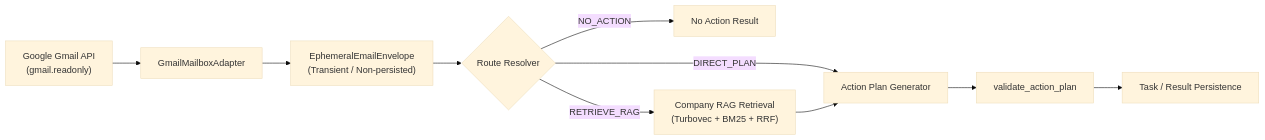
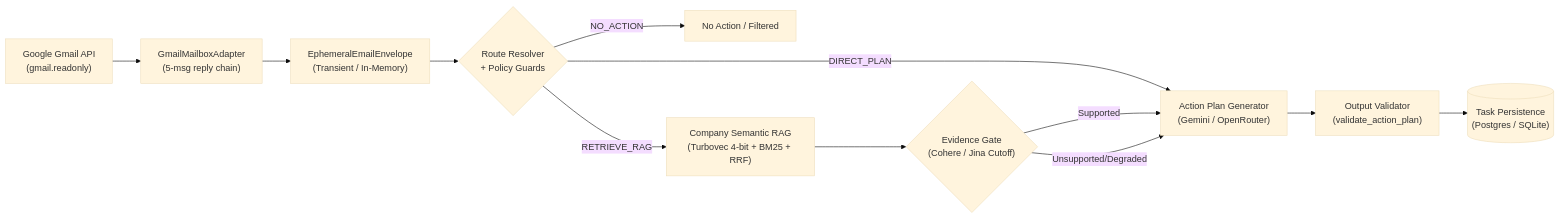
One commit to MathematicGuy/EMAIL-AGENT-v1 changed the diagram in docs/architectures/current-architectures/01-email-action-plan-and-rag.md. Above: the diagram before and after it, drawn with Mermaid (base theme). The commit also changed other lines of this file and 9 other files, not shown here.

````diff
--- a/docs/architectures/current-architectures/01-email-action-plan-and-rag.md
+++ b/docs/architectures/current-architectures/01-email-action-plan-and-rag.md
@@ -14,14 +14,16 @@
 ```mermaid
 flowchart LR
-    GMAIL["Google Gmail API<br/>(gmail.readonly)"] --> READ["GmailMailboxAdapter"]
-    READ --> ENV["EphemeralEmailEnvelope<br/>(Transient / Non-persisted)"]
-    ENV --> ROUTE{"Route Resolver"}
+    GMAIL["Google Gmail API<br/>(gmail.readonly)"] --> ADAPT["GmailMailboxAdapter<br/>(5-msg reply chain)"]
+    ADAPT --> ENV["EphemeralEmailEnvelope<br/>(Transient / In-Memory)"]
+    ENV --> ROUTE{"Route Resolver<br/>+ Policy Guards"}
 
-    ROUTE -->|NO_ACTION| NOACT["No Action Result"]
-    ROUTE -->|DIRECT_PLAN| GEN["Action Plan Generator"]
-    ROUTE -->|RETRIEVE_RAG| RAG["Company RAG Retrieval<br/>(Turbovec + BM25 + RRF)"]
+    ROUTE -->|NO_ACTION| NOACT["No Action / Filtered"]
+    ROUTE -->|DIRECT_PLAN| GEN["Action Plan Generator<br/>(Gemini / OpenRouter)"]
+    ROUTE -->|RETRIEVE_RAG| RAG["Company Semantic RAG<br/>(Turbovec 4-bit + BM25 + RRF)"]
 
-    RAG --> GEN
-    GEN --> VAL["validate_action_plan"]
-    VAL --> TASKDB["Task / Result Persistence"]
+    RAG --> GATE{"Evidence Gate<br/>(Cohere / Jina Cutoff)"}
+    GATE -->|Supported| GEN
+    GATE -->|Unsupported/Degraded| GEN
+    GEN --> VAL["Output Validator<br/>(validate_action_plan)"]
+    VAL --> TASKDB[("Task Persistence<br/>(Postgres / SQLite)")]
 ```
````
